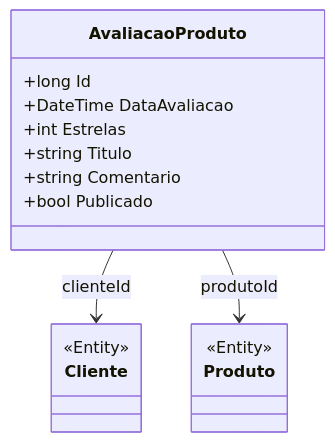
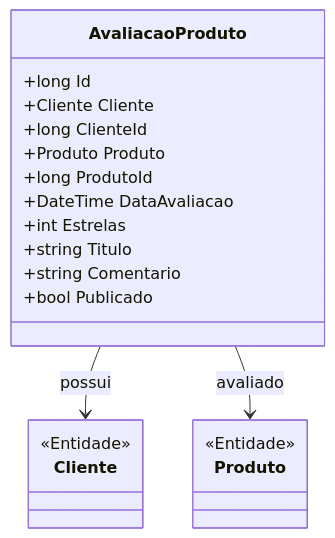
One commit to IsthmusSistemas/documentacao-tecnica changed the diagram in docs/b2b-dominio/IsthmusWinthor.Nucleo/IsthmusWinthor.Dominio/Entidades/AvaliacaoProduto.md. Above: the diagram before and after it, drawn with Mermaid. The commit also changed other lines of this file and 882 other files, not shown here.

````diff
--- a/docs/b2b-dominio/IsthmusWinthor.Nucleo/IsthmusWinthor.Dominio/Entidades/AvaliacaoProduto.md
+++ b/docs/b2b-dominio/IsthmusWinthor.Nucleo/IsthmusWinthor.Dominio/Entidades/AvaliacaoProduto.md
@@ -25,20 +22,26 @@
 ```mermaid
 classDiagram
     class AvaliacaoProduto {
         +long Id
+        +Cliente Cliente
+        +long ClienteId
+        +Produto Produto
+        +long ProdutoId
         +DateTime DataAvaliacao
         +int Estrelas
         +string Titulo
         +string Comentario
         +bool Publicado
     }
+    
     class Cliente {
-        <<Entity>>
+        <<Entidade>>
     }
+    
     class Produto {
-        <<Entity>>
+        <<Entidade>>
     }
 
-    AvaliacaoProduto --> Cliente: clienteId
-    AvaliacaoProduto --> Produto: produtoId
+    AvaliacaoProduto --> Cliente : possui
+    AvaliacaoProduto --> Produto : avaliado
 ```
````
